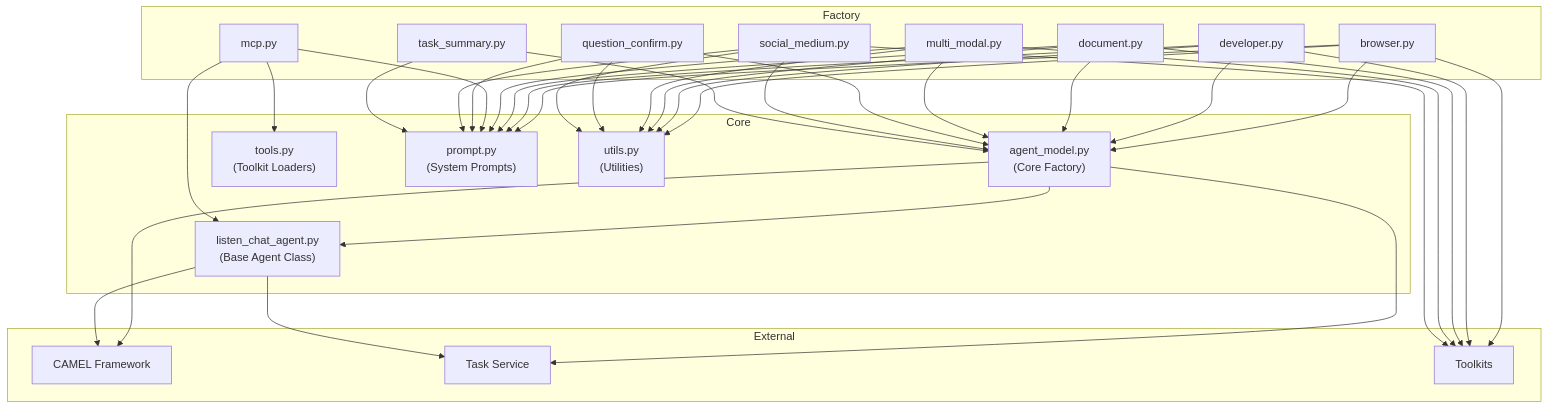
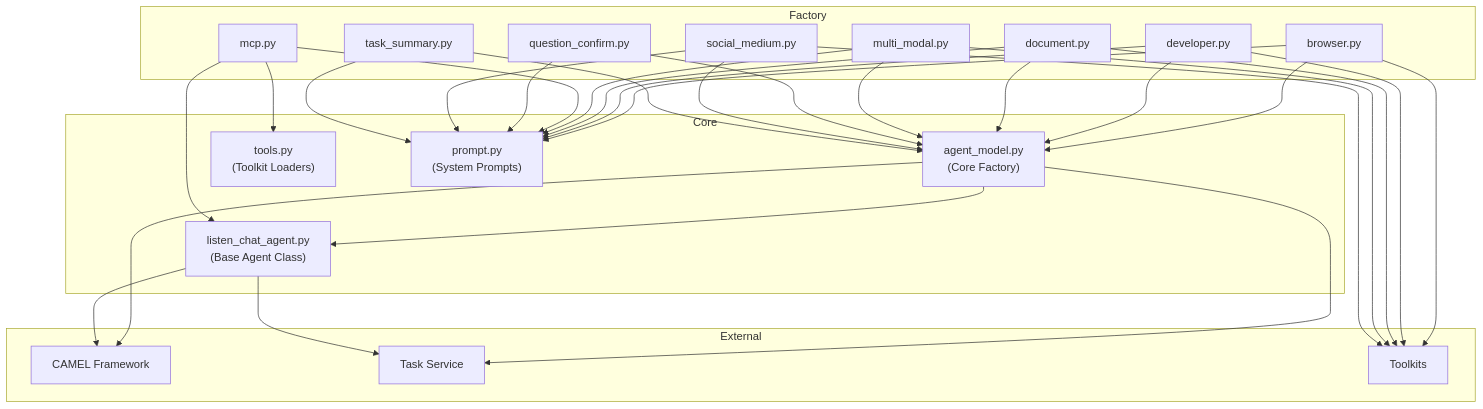
One commit to eigent-ai/eigent changed the diagram in backend/app/agent/README.md. Above: the diagram before and after it, drawn with Mermaid. The commit also changed other lines of this file, not shown here.

````diff
--- a/backend/app/agent/README.md
+++ b/backend/app/agent/README.md
@@ -7,70 +7,63 @@
 ```mermaid
 graph TB
     subgraph "Core"
         AM["agent_model.py<br/>(Core Factory)"]
         LCA["listen_chat_agent.py<br/>(Base Agent Class)"]
         TOOLS["tools.py<br/>(Toolkit Loaders)"]
         PROMPT["prompt.py<br/>(System Prompts)"]
-        UTILS["utils.py<br/>(Utilities)"]
     end
 
     subgraph "Factory"
         BROWSER["browser.py"]
         DEV["developer.py"]
         DOC["document.py"]
         MODAL["multi_modal.py"]
         MCP["mcp.py"]
         QC["question_confirm.py"]
         SOCIAL["social_medium.py"]
         SUMMARY["task_summary.py"]
     end
 
     subgraph "External"
         CAMEL["CAMEL Framework"]
         TASK["Task Service"]
         TOOLKITS["Toolkits"]
     end
 
     AM --> LCA
     AM --> CAMEL
     AM --> TASK
 
     LCA --> CAMEL
     LCA --> TASK
 
     BROWSER --> AM
     BROWSER --> PROMPT
-    BROWSER --> UTILS
     BROWSER --> TOOLKITS
 
     DEV --> AM
     DEV --> PROMPT
-    DEV --> UTILS
     DEV --> TOOLKITS
 
     DOC --> AM
     DOC --> PROMPT
-    DOC --> UTILS
     DOC --> TOOLKITS
 
     MODAL --> AM
     MODAL --> PROMPT
-    MODAL --> UTILS
     MODAL --> TOOLKITS
 
     MCP --> LCA
     MCP --> TOOLS
     MCP --> PROMPT
 
     QC --> AM
     QC --> PROMPT
-    QC --> UTILS
 
     SOCIAL --> AM
     SOCIAL --> PROMPT
-    SOCIAL --> UTILS
     SOCIAL --> TOOLKITS
 
     SUMMARY --> AM
     SUMMARY --> PROMPT
 ```
````
